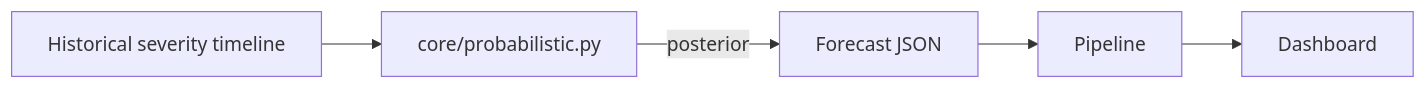
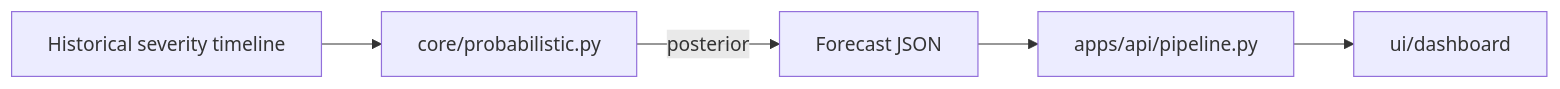
One commit to DevOpsMadDog/Fixops changed the tenth of 11 diagrams in readme_updated.md. Above: the diagram before and after it, drawn with Mermaid. The commit also changed other lines of this file, not shown here.

Commit message:
docs: repair mermaid diagrams

````diff
--- a/readme_updated.md
+++ b/readme_updated.md
@@ -472,7 +472,7 @@
 ```mermaid
 flowchart LR
-    Hist[Historical severity timeline] --> Engine[core/probabilistic.py]
-    Engine -->|posterior| Forecast[Forecast JSON]
-    Forecast --> Pipeline
-    Pipeline --> Dashboard
+    Hist["Historical severity timeline"] --> Engine["core/probabilistic.py"]
+    Engine -->|posterior| Forecast["Forecast JSON"]
+    Forecast --> Pipeline["apps/api/pipeline.py"]
+    Pipeline --> Dashboard["ui/dashboard"]
 ```
````
